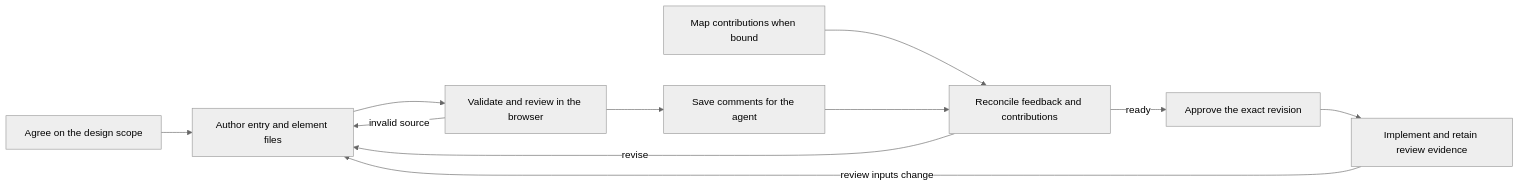
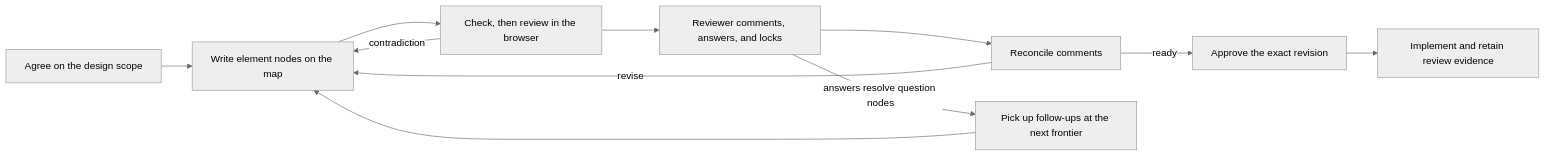
The diagram in skills/design-doc/SKILL.md (ac8318740/acstack), drawn with Mermaid (neutral theme) before and after one commit. The commit also changed other lines of this file and 10 other files, not shown here.

First line of the commit message:
docs: teach design docs authored as map element nodes

````diff
--- a/skills/design-doc/SKILL.md
+++ b/skills/design-doc/SKILL.md
@@ -11,13 +11,13 @@
 ```mermaid
 flowchart LR
-    A[Agree on the design scope] --> B[Author entry and element files]
-    B --> C[Validate and review in the browser]
-    C -->|invalid source| B
-    C --> D[Save comments for the agent]
-    M[Map contributions when bound] --> E[Reconcile feedback and contributions]
-    D --> E
+    A[Agree on the design scope] --> B[Write element nodes on the map]
+    B --> C[Check, then review in the browser]
+    C -->|contradiction| B
+    C --> D[Reviewer comments, answers, and locks]
+    D --> E[Reconcile comments]
+    D -->|answers resolve question nodes| F[Pick up follow-ups at the next frontier]
+    F --> B
     E -->|revise| B
-    E -->|ready| F[Approve the exact revision]
-    F --> G[Implement and retain review evidence]
-    G -->|review inputs change| B
+    E -->|ready| G[Approve the exact revision]
+    G --> H[Implement and retain review evidence]
 ```
````
